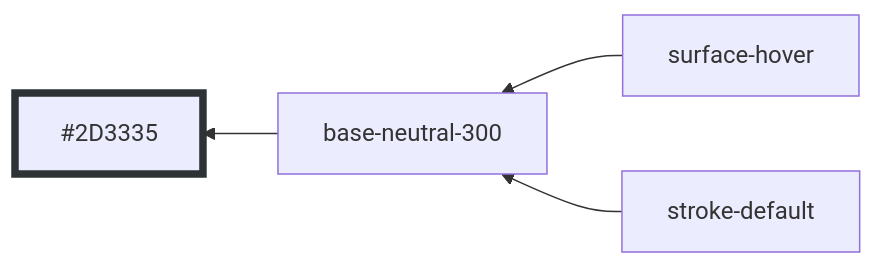
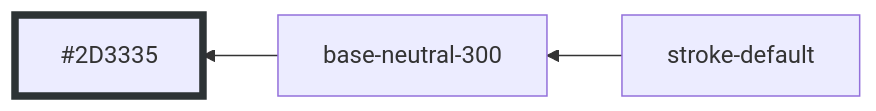
One commit to oxidecomputer/design-system changed diagram 45 of 51 in styles/dist/blue.md. Above: the diagram before and after it, drawn with Mermaid. The commit also changed other lines of this file and 8 other files, not shown here.

````diff
--- a/styles/dist/blue.md
+++ b/styles/dist/blue.md
@@ -525,8 +525,7 @@
 ```mermaid
 graph RL
   base-neutral-300 --> #2D3335:::base-neutral-300
-  surface-hover --> base-neutral-300
   stroke-default --> base-neutral-300
 
 	classDef base-neutral-300 stroke-width:5,stroke:#2D3335
 ```
````
